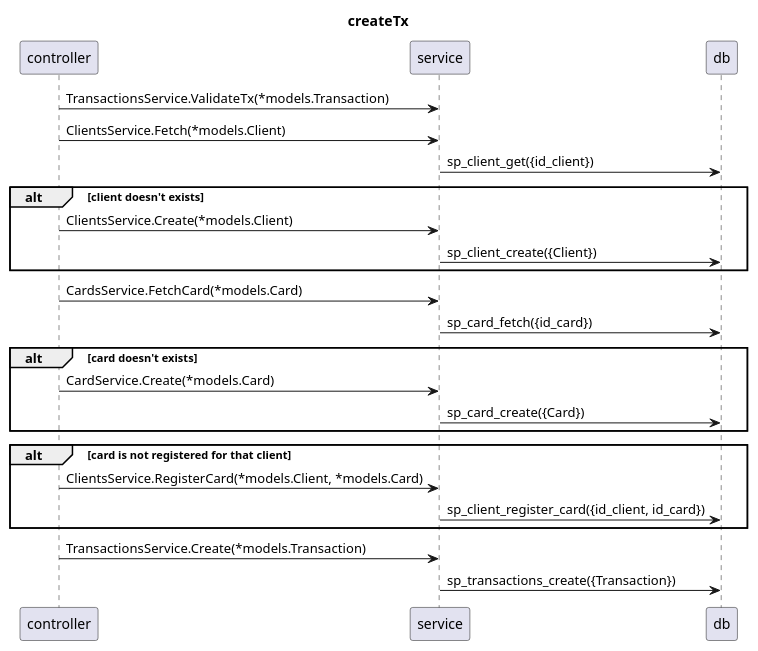
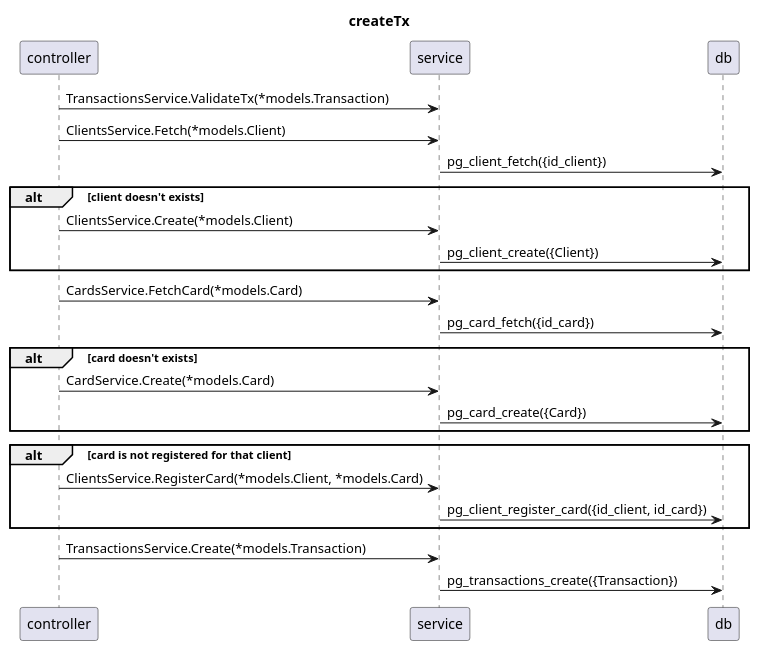
The diagram in internal/docs/sequenceDiagrams/createTx.puml (Farber98/vagas), drawn with PlantUML before and after one commit. The commit also changed 6 other files, not shown here.

```diff
--- a/internal/docs/sequenceDiagrams/createTx.puml
+++ b/internal/docs/sequenceDiagrams/createTx.puml
@@ -1,34 +1,34 @@
 @startuml
 title createTx
 skinparam responseMessageBelowArrow true
 controller -> service : TransactionsService.ValidateTx(*models.Transaction)
 controller -> service : ClientsService.Fetch(*models.Client)
-service -> db : sp_client_get({id_client})
+service -> db : pg_client_fetch({id_client})
 alt client doesn't exists
 
     controller -> service: ClientsService.Create(*models.Client)
-    service -> db : sp_client_create({Client})
+    service -> db : pg_client_create({Client})
 
 end
 
 controller -> service : CardsService.FetchCard(*models.Card)
-service -> db : sp_card_fetch({id_card})
+service -> db : pg_card_fetch({id_card})
 
 alt card doesn't exists
 
     controller -> service: CardService.Create(*models.Card)
-    service -> db : sp_card_create({Card})
+    service -> db : pg_card_create({Card})
 
 end
 
 alt card is not registered for that client
 
     controller -> service: ClientsService.RegisterCard(*models.Client, *models.Card)
-    service -> db : sp_client_register_card({id_client, id_card})
+    service -> db : pg_client_register_card({id_client, id_card})
 
 end
 
 controller -> service : TransactionsService.Create(*models.Transaction)
-service -> db : sp_transactions_create({Transaction})
+service -> db : pg_transactions_create({Transaction})
 
 @enduml
```
